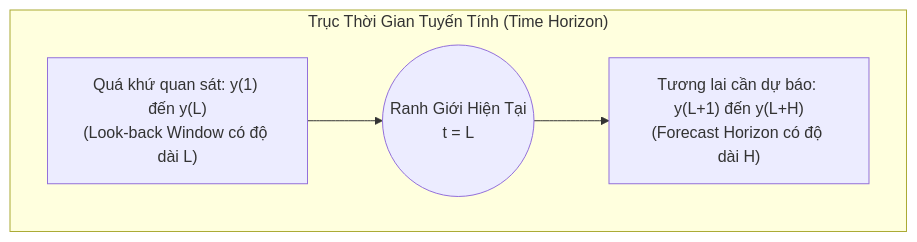
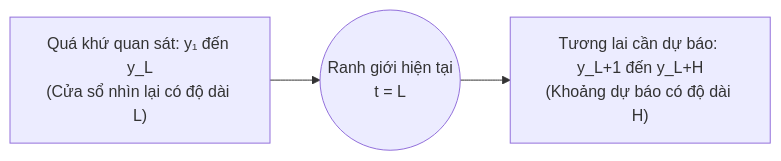
Before and after one commit to snowflake-vibing/Project-Experimental-TiDE: the first of 2 diagrams in explanation/target_horizon_vector.md, drawn with Mermaid. The commit also changed other lines of this file, not shown here.

Commit message:
docs(explanation): standardize formatting of target_horizon_vector.md per RULE.md

````diff
--- a/explanation/target_horizon_vector.md
+++ b/explanation/target_horizon_vector.md
@@ -13,12 +17,5 @@
 ```mermaid
-flowchart TD
-    subgraph Timeline ["Trục Thời Gian Tuyến Tính (Time Horizon)"]
-        direction LR
-        Past["Quá khứ quan sát: y(1) đến y(L)\n(Look-back Window có độ dài L)"]
-        Present(("Ranh Giới Hiện Tại\nt = L"))
-        Future["Tương lai cần dự báo: y(L+1) đến y(L+H)\n(Forecast Horizon có độ dài H)"]
-        
-        Past --> Present
-        Present --> Future
-    end
+flowchart LR
+    Past["Quá khứ quan sát: y₁ đến y_L<br/>(Cửa sổ nhìn lại có độ dài L)"] --> Present(("Ranh giới hiện tại<br/>t = L"))
+    Present --> Future["Tương lai cần dự báo: y_L+1 đến y_L+H<br/>(Khoảng dự báo có độ dài H)"]
 ```
````
